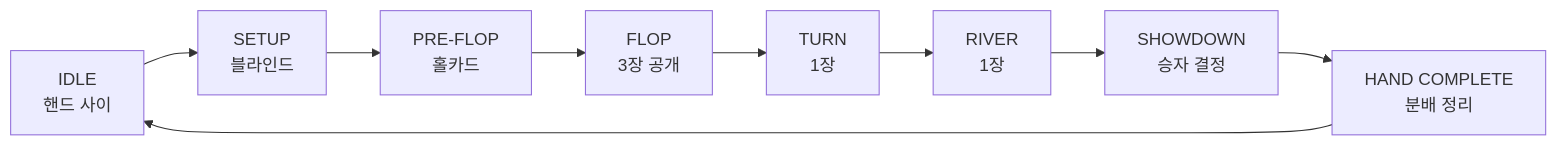
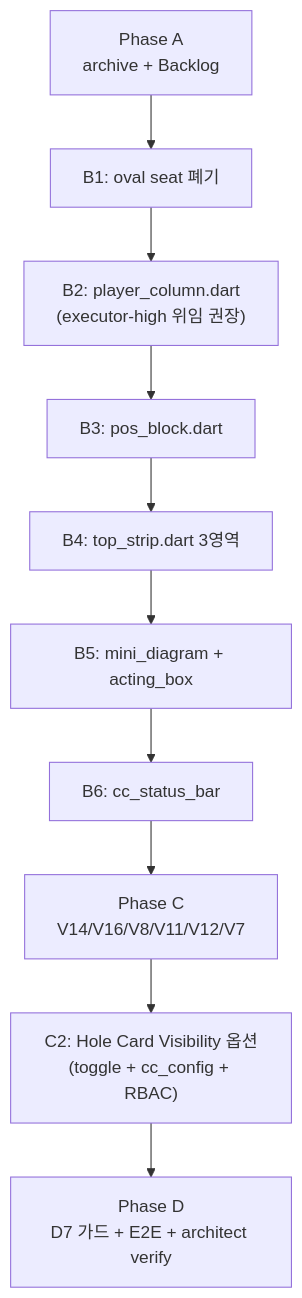
Before and after one commit to garimto81/ebs_github: the eighth of 9 diagrams in docs/1. Product/Command_Center_PRD.md, drawn with Mermaid. The commit also changed other lines of this file and 16 other files, not shown here.

````diff
--- a/docs/1. Product/Command_Center_PRD.md
+++ b/docs/1. Product/Command_Center_PRD.md
@@ -434,11 +607,12 @@
 ```mermaid
-flowchart LR
-    A["IDLE<br/>핸드 사이"] --> B["SETUP<br/>블라인드"]
-    B --> C["PRE-FLOP<br/>홀카드"]
-    C --> D["FLOP<br/>3장 공개"]
-    D --> E["TURN<br/>1장"]
-    E --> F["RIVER<br/>1장"]
-    F --> G["SHOWDOWN<br/>승자 결정"]
-    G --> H["HAND COMPLETE<br/>분배 정리"]
-    H --> A
+flowchart TD
+    PA["Phase A<br/>archive + Backlog"] --> PB1["B1: oval seat 폐기"]
+    PB1 --> PB2["B2: player_column.dart<br/>(executor-high 위임 권장)"]
+    PB2 --> PB3["B3: pos_block.dart"]
+    PB3 --> PB4["B4: top_strip.dart 3영역"]
+    PB4 --> PB5["B5: mini_diagram + acting_box"]
+    PB5 --> PB6["B6: cc_status_bar"]
+    PB6 --> PC["Phase C<br/>V14/V16/V8/V11/V12/V7"]
+    PC --> PC2["C2: Hole Card Visibility 옵션<br/>(toggle + cc_config + RBAC)"]
+    PC2 --> PD["Phase D<br/>D7 가드 + E2E + architect verify"]
 ```
````
